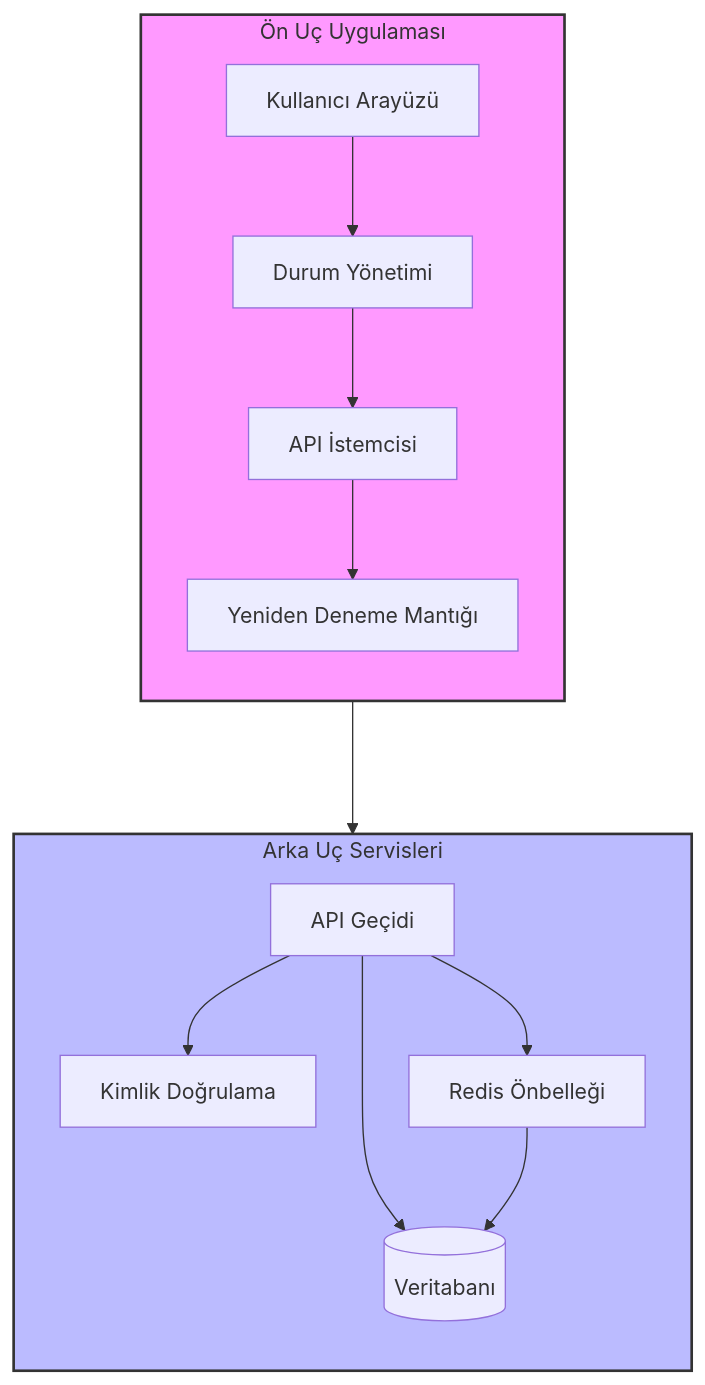
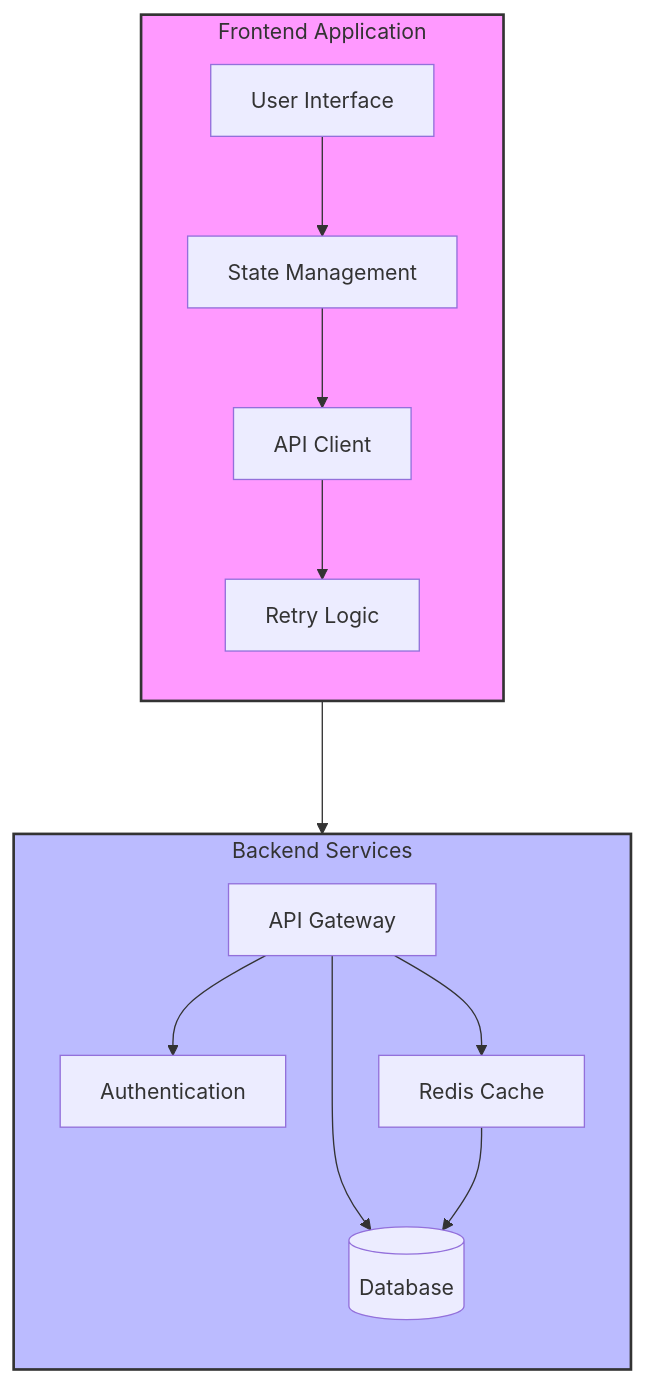
One commit to sametcn99/vitepress-mermaid-renderer changed the first of 30 diagrams in docs/content/tr/examples/advanced.md. Above: the diagram before and after it, drawn with Mermaid. The commit also changed other lines of this file and 19 other files, not shown here.

````diff
--- a/docs/content/tr/examples/advanced.md
+++ b/docs/content/tr/examples/advanced.md
@@ -9,22 +8,22 @@
 ```mermaid
 flowchart TB
-    subgraph Backend["Arka Uç Servisleri"]
+    subgraph Backend["Backend Services"]
         direction TB
-        API[API Geçidi] --> Auth[Kimlik Doğrulama]
-        API --> Cache[Redis Önbelleği]
-        API --> DB[(Veritabanı)]
+        API[API Gateway] --> Auth[Authentication]
+        API --> Cache[Redis Cache]
+        API --> DB[(Database)]
         Cache --> DB
     end
 
-    subgraph Frontend["Ön Uç Uygulaması"]
+    subgraph Frontend["Frontend Application"]
         direction TB
-        UI[Kullanıcı Arayüzü] --> State[Durum Yönetimi]
-        State --> APIClient[API İstemcisi]
-        APIClient --> Retry[Yeniden Deneme Mantığı]
+        UI[User Interface] --> State[State Management]
+        State --> APIClient[API Client]
+        APIClient --> Retry[Retry Logic]
     end
 
     Frontend ---> Backend
 
     style Frontend fill:#f9f,stroke:#333,stroke-width:2px
     style Backend fill:#bbf,stroke:#333,stroke-width:2px
 ```
````
